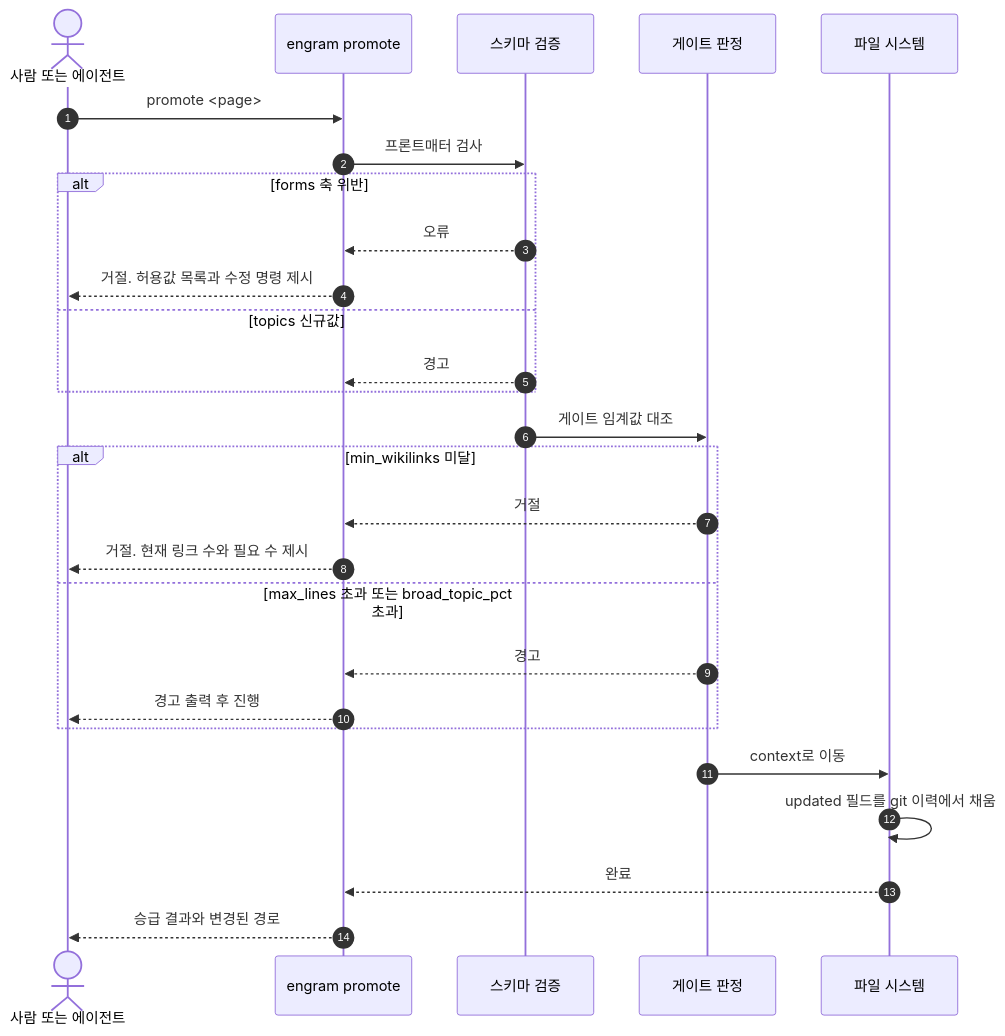
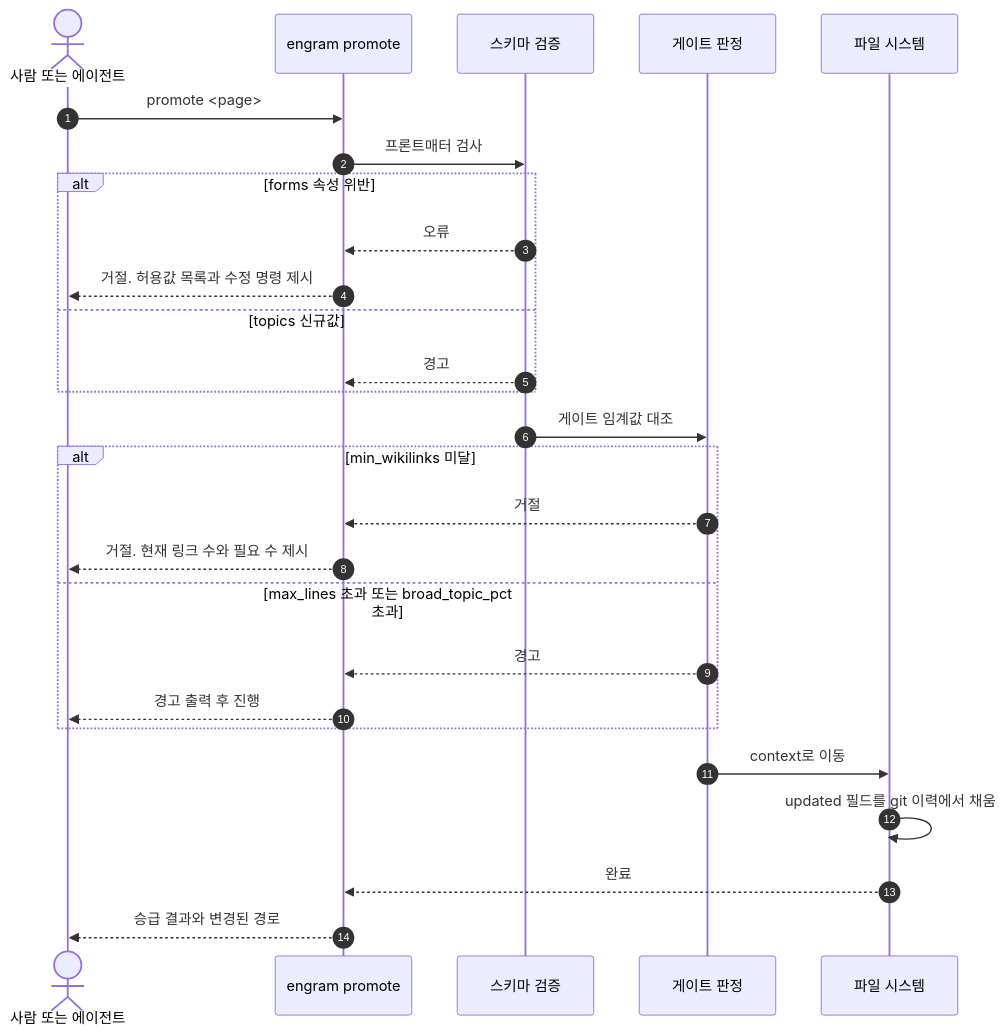
The fourth of 11 diagrams in docs/architecture.md (neocode24/engram), drawn with Mermaid before and after one commit. The commit also changed 79 other files, not shown here.

````diff
--- a/docs/architecture.md
+++ b/docs/architecture.md
@@ -112,30 +112,30 @@
 ```mermaid
 sequenceDiagram
     autonumber
     actor U as 사람 또는 에이전트
     participant C as engram promote
     participant S as 스키마 검증
     participant G as 게이트 판정
     participant F as 파일 시스템
 
     U->>C: promote <page>
     C->>S: 프론트매터 검사
-    alt forms 축 위반
+    alt forms 속성 위반
         S-->>C: 오류
         C-->>U: 거절. 허용값 목록과 수정 명령 제시
     else topics 신규값
         S-->>C: 경고
     end
     S->>G: 게이트 임계값 대조
     alt min_wikilinks 미달
         G-->>C: 거절
         C-->>U: 거절. 현재 링크 수와 필요 수 제시
     else max_lines 초과 또는 broad_topic_pct 초과
         G-->>C: 경고
         C-->>U: 경고 출력 후 진행
     end
     G->>F: context로 이동
     F->>F: updated 필드를 git 이력에서 채움
     F-->>C: 완료
     C-->>U: 승급 결과와 변경된 경로
 ```
````
